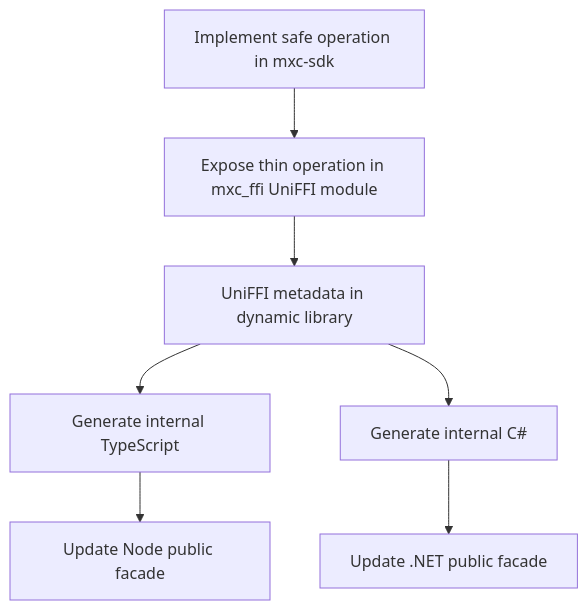
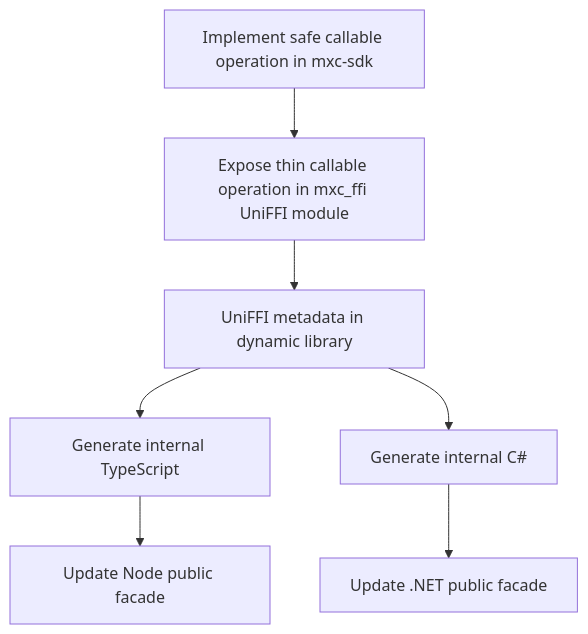
Before and after one commit to microsoft/mxc: the second of 2 diagrams in docs/designs/SDK/README.md, drawn with Mermaid. The commit also changed other lines of this file and 3 other files, not shown here.

````diff
--- a/docs/designs/SDK/README.md
+++ b/docs/designs/SDK/README.md
@@ -62,10 +68,10 @@
 ```mermaid
 flowchart TD
-    A[Implement safe operation in mxc-sdk]
-    A --> B[Expose thin operation in mxc_ffi UniFFI module]
+    A[Implement safe callable operation in mxc-sdk]
+    A --> B[Expose thin callable operation in mxc_ffi UniFFI module]
     B --> M[UniFFI metadata in dynamic library]
     M --> N[Generate internal TypeScript]
     M --> D[Generate internal C#]
     N --> NF[Update Node public facade]
     D --> DF[Update .NET public facade]
 ```
````
